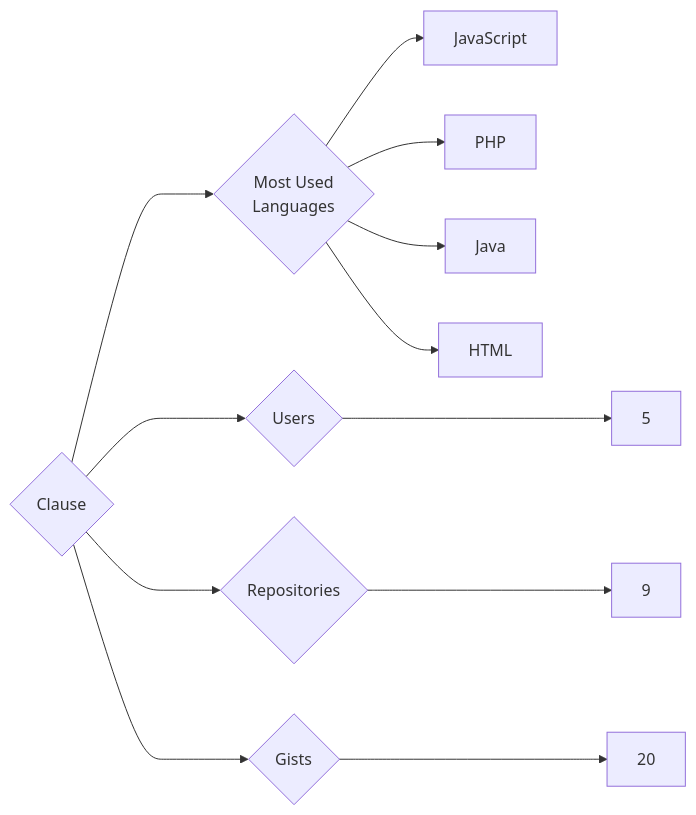
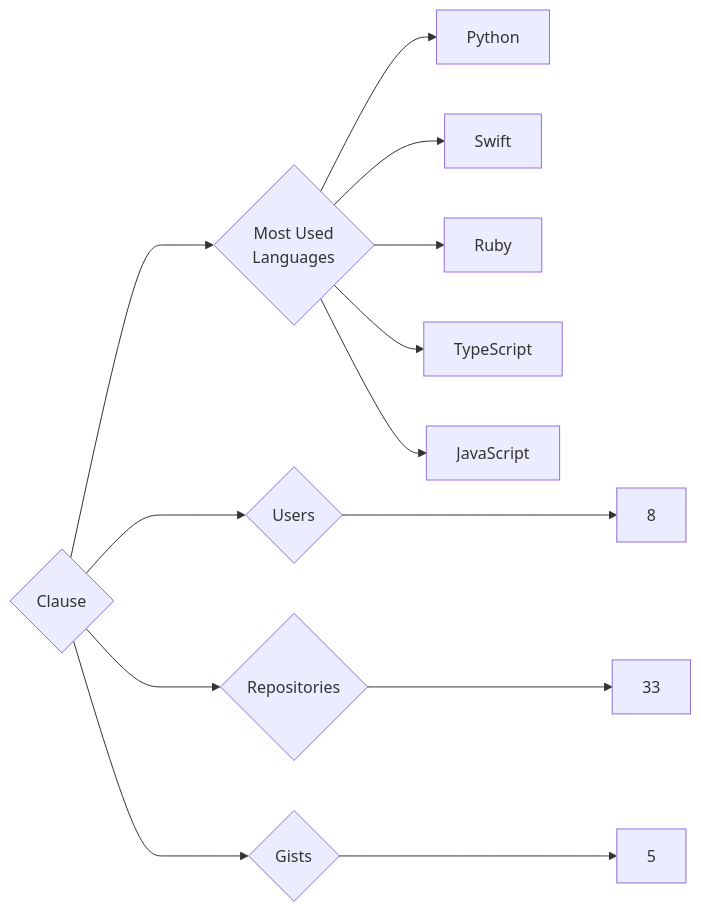
The diagram in targets/Clause/README.md (trickest/insiders), drawn with Mermaid before and after one commit. The commit also changed 775 other files, not shown here.

````diff
--- a/targets/Clause/README.md
+++ b/targets/Clause/README.md
@@ -3,12 +3,13 @@
 ```mermaid
 graph LR
 COMPANY_NAME{Clause}
-COMPANY_NAME ---> U{Users} ---> UN[5]
-COMPANY_NAME ---> R{Repositories} ---> RN[9]
-COMPANY_NAME ---> G{Gists} ---> GN[20]
+COMPANY_NAME ---> U{Users} ---> UN[8]
+COMPANY_NAME ---> R{Repositories} ---> RN[33]
+COMPANY_NAME ---> G{Gists} ---> GN[5]
 COMPANY_NAME ---> ML{Most Used<br>Languages}
+ML --> Python[Python]
+ML --> Swift[Swift]
+ML --> Ruby[Ruby]
+ML --> TypeScript[TypeScript]
 ML --> JavaScript[JavaScript]
-ML --> PHP[PHP]
-ML --> Java[Java]
-ML --> HTML[HTML]
 ```
````
